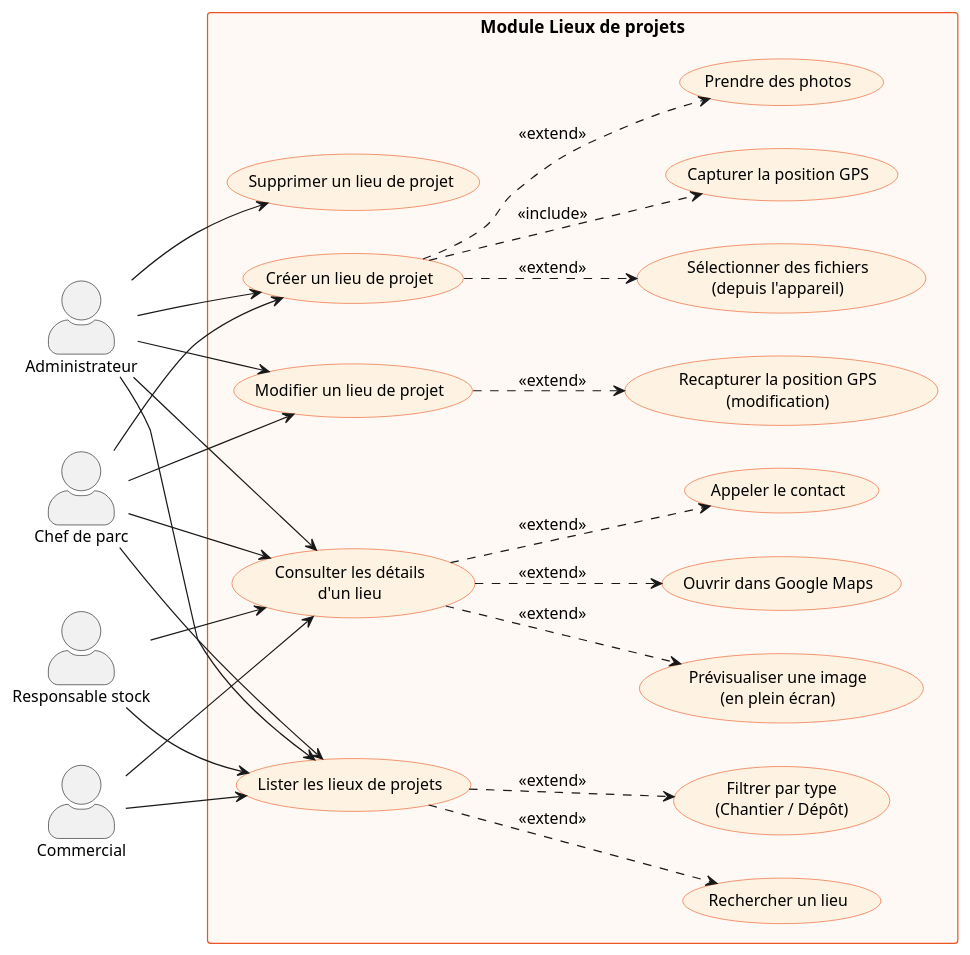
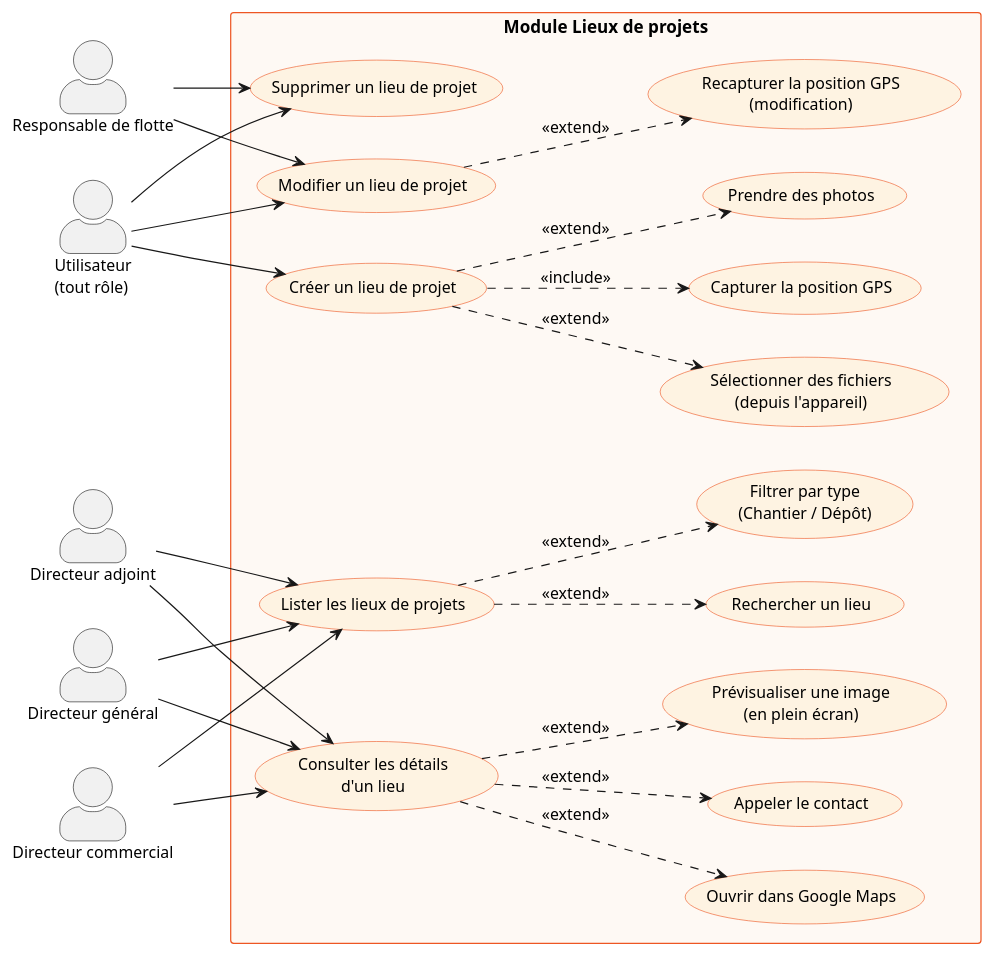
One commit to Badreddinesaadi/livraison changed the diagram in pums/lieux-projets-use-case.puml. Above: the diagram before and after it, drawn with PlantUML. The commit also changed 15 other files, not shown here.

Commit message:
chore: add voyage use case & sequence uml

```diff
--- a/pums/lieux-projets-use-case.puml
+++ b/pums/lieux-projets-use-case.puml
@@ -1,62 +1,60 @@
 @startuml lieux-projets-use-case
 left to right direction
 skinparam packageStyle rectangle
 skinparam actorStyle awesome
 skinparam usecaseBackgroundColor #FEF3E2
 skinparam usecaseBorderColor #ED5623
 skinparam usecaseFontSize 13
 skinparam actorFontSize 13
 skinparam packageBorderColor #ED5623
 skinparam packageFontSize 14
 
-actor "Administrateur" as Admin
-actor "Chef de parc" as Parc
-actor "Responsable stock" as RStock
-actor "Commercial" as Commercial
+actor "Utilisateur\n(tout rôle)" as User
+actor "Responsable de flotte" as RFlotte
+actor "Directeur général" as DG
+actor "Directeur commercial" as DCom
+actor "Directeur adjoint" as DAdj
 
 rectangle "Module Lieux de projets" #FEF9F4 {
   usecase "Lister les lieux de projets" as UC1
   usecase "Consulter les détails\nd'un lieu" as UC2
   usecase "Créer un lieu de projet" as UC3
   usecase "Modifier un lieu de projet" as UC4
   usecase "Supprimer un lieu de projet" as UC5
 
   usecase "Rechercher un lieu" as UC6
   usecase "Filtrer par type\n(Chantier / Dépôt)" as UC7
   usecase "Capturer la position GPS" as UC8
   usecase "Prendre des photos" as UC9
   usecase "Sélectionner des fichiers\n(depuis l'appareil)" as UC10
   usecase "Ouvrir dans Google Maps" as UC11
   usecase "Appeler le contact" as UC12
   usecase "Prévisualiser une image\n(en plein écran)" as UC13
   usecase "Recapturer la position GPS\n(modification)" as UC14
 }
 
-Admin --> UC1
-Admin --> UC2
-Admin --> UC3
-Admin --> UC4
-Admin --> UC5
+DG --> UC1
+DG --> UC2
+DCom --> UC1
+DCom --> UC2
+DAdj --> UC1
+DAdj --> UC2
 
-Parc --> UC1
-Parc --> UC2
-Parc --> UC3
-Parc --> UC4
+User --> UC3
+User --> UC4
+User --> UC5
 
-RStock --> UC1
-RStock --> UC2
-
-Commercial --> UC1
-Commercial --> UC2
+RFlotte --> UC4
+RFlotte --> UC5
 
 UC1 ..> UC6 : <<extend>>
 UC1 ..> UC7 : <<extend>>
 UC3 ..> UC8 : <<include>>
 UC3 ..> UC9 : <<extend>>
 UC3 ..> UC10 : <<extend>>
 UC4 ..> UC14 : <<extend>>
 UC2 ..> UC11 : <<extend>>
 UC2 ..> UC12 : <<extend>>
 UC2 ..> UC13 : <<extend>>
 
 @enduml
```
